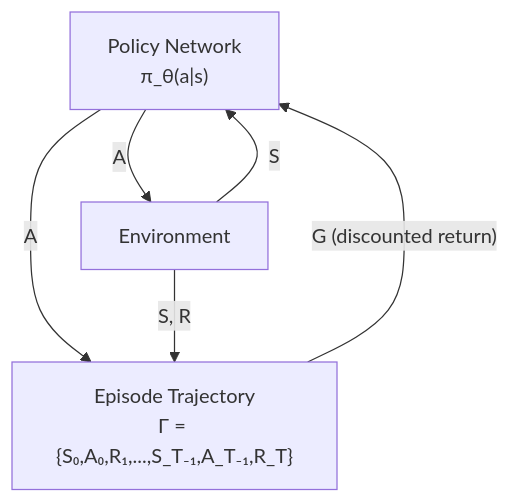
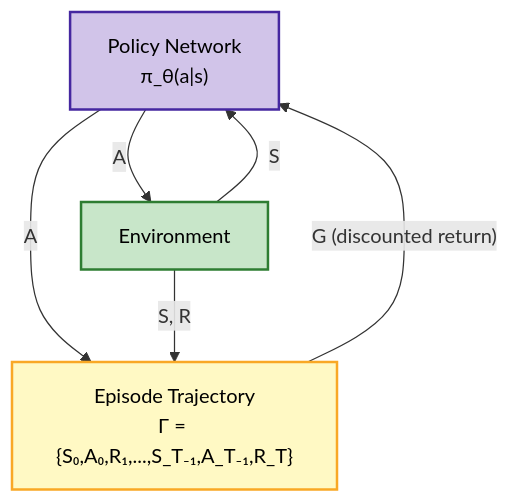
The second of 3 diagrams in rl_code/docker/04_reinforce/README.md (Open-Source-Robotics-For-Myanmar/rl), drawn with Mermaid before and after one commit. The commit also changed other lines of this file and 1 other file, not shown here.

````diff
--- a/rl_code/docker/04_reinforce/README.md
+++ b/rl_code/docker/04_reinforce/README.md
@@ -20,12 +34,20 @@
 ```mermaid
 flowchart TD
     PN["Policy Network<br/>π_θ(a|s)"]
     ENV["Environment"]
     TRAJ["Episode Trajectory<br/>Γ = {S₀,A₀,R₁,...,S_T₋₁,A_T₋₁,R_T}"]
 
     ENV -- "S" --> PN
     PN -- "A" --> ENV
     PN -- "A" --> TRAJ
     ENV -- "S, R" --> TRAJ
     TRAJ -- "G (discounted return)" --> PN
+
+    classDef policyStyle fill:#d1c4e9,stroke:#4527a0,stroke-width:2px,color:#000
+    classDef envStyle fill:#c8e6c9,stroke:#2e7d32,stroke-width:2px,color:#000
+    classDef trajStyle fill:#fff9c4,stroke:#f9a825,stroke-width:2px,color:#000
+
+    class PN policyStyle
+    class ENV envStyle
+    class TRAJ trajStyle
 ```
````
